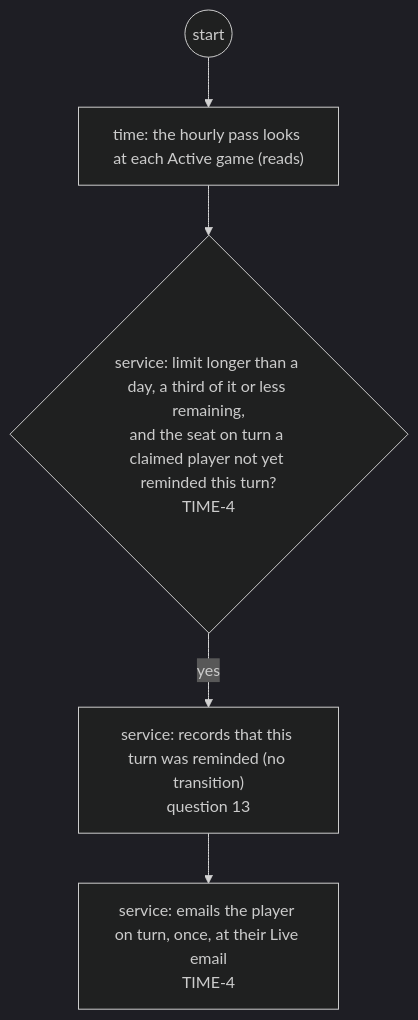
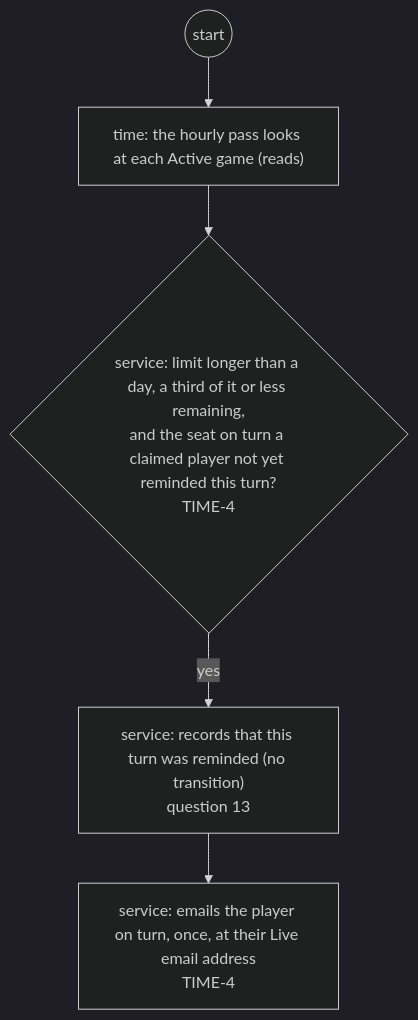
Diagram 20 of 29 in docs/changes/workstreams/application-game-architecture/71-one-game-model/71-functional.md (delphside/programme), drawn with Mermaid (dark theme) before and after one commit. The commit also changed other lines of this file, not shown here.

First line of the commit message:
app 0.9.2 api 2.16: 71: "email address" where "email" could mean the message

````diff
--- a/docs/changes/workstreams/application-game-architecture/71-one-game-model/71-functional.md
+++ b/docs/changes/workstreams/application-game-architecture/71-one-game-model/71-functional.md
@@ -363,7 +363,7 @@
 ```mermaid
 flowchart TD
   s0((start)) --> t0["time: the hourly pass looks at each Active game (reads)"]
   t0 --> v1{"service: limit longer than a day, a third of it or less remaining,<br/>and the seat on turn a claimed player not yet reminded this turn?<br/>TIME-4"}
   v1 -- yes --> t1["service: records that this turn was reminded (no transition)<br/>question 13"]
-  t1 --> t2["service: emails the player on turn, once, at their Live email<br/>TIME-4"]
+  t1 --> t2["service: emails the player on turn, once, at their Live email address<br/>TIME-4"]
 ```
````
